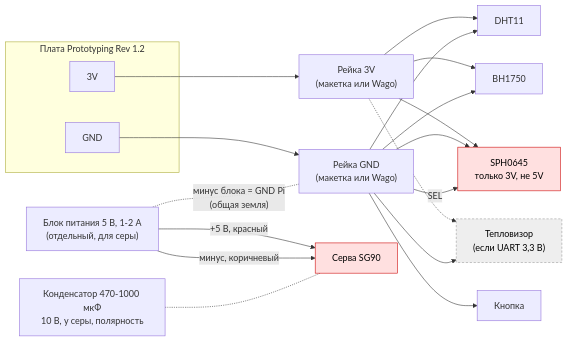
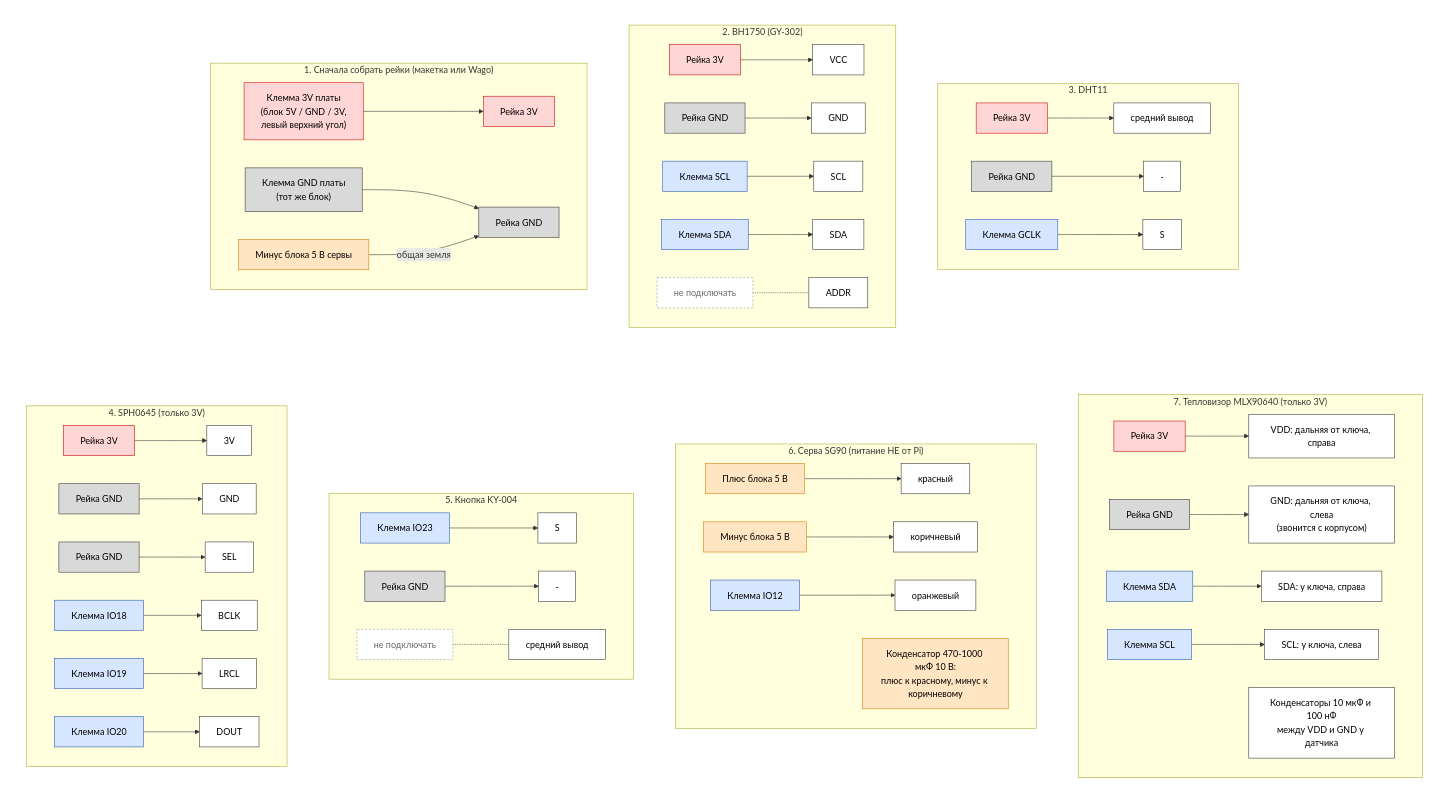
One commit to ik1s/spa changed the diagram in docs/wiring-power.mmd. Above: the diagram before and after it, drawn with Mermaid. The commit also changed 14 other files, not shown here.

```diff
--- a/docs/wiring-power.mmd
+++ b/docs/wiring-power.mmd
@@ -1,40 +1,83 @@
-flowchart LR
-  subgraph PI["Плата Prototyping Rev 1.2"]
-    V3["3V"]
-    GND["GND"]
+flowchart TB
+  subgraph ROW1[" "]
+    direction LR
+  subgraph RAILS["1. Сначала собрать рейки (макетка или Wago)"]
+    direction LR
+    T3["Клемма 3V платы<br/>(блок 5V / GND / 3V,<br/>левый верхний угол)"] --> R3["Рейка 3V"]
+    TG["Клемма GND платы<br/>(тот же блок)"] --> RG["Рейка GND"]
+    PSUM["Минус блока 5 В сервы"] -->|"общая земля"| RG
   end
 
-  RAIL3["Рейка 3V<br/>(макетка или Wago)"]
-  RAILG["Рейка GND<br/>(макетка или Wago)"]
-  PSU["Блок питания 5 В, 1-2 А<br/>(отдельный, для серы)"]
+  subgraph BH["2. BH1750 (GY-302)"]
+    direction LR
+    bh3["Рейка 3V"] --> bhV["VCC"]
+    bhG0["Рейка GND"] --> bhG["GND"]
+    bhC0["Клемма SCL"] --> bhC["SCL"]
+    bhD0["Клемма SDA"] --> bhD["SDA"]
+    bhA0["не подключать"] -.- bhA["ADDR"]
+  end
 
-  DHT["DHT11"]
-  BH["BH1750"]
-  MIC["SPH0645<br/>только 3V, не 5V"]
-  THERM["Тепловизор<br/>(если UART 3,3 В)"]
-  SERVO["Серва SG90"]
-  CAP["Конденсатор 470-1000 мкФ<br/>10 В, у серы, полярность"]
-  BTN["Кнопка"]
+  subgraph DHT["3. DHT11"]
+    direction LR
+    dh3["Рейка 3V"] --> dhV["средний вывод"]
+    dhG0["Рейка GND"] --> dhG["-"]
+    dhS0["Клемма GCLK"] --> dhS["S"]
+  end
 
-  V3 --> RAIL3
-  GND --> RAILG
-  RAIL3 --> DHT
-  RAIL3 --> BH
-  RAIL3 --> MIC
-  RAIL3 -.-> THERM
-  RAILG --> DHT
-  RAILG --> BH
-  RAILG --> MIC
-  RAILG -->|"SEL"| MIC
-  RAILG --> THERM
-  RAILG --> BTN
+  end
+  subgraph ROW2[" "]
+    direction LR
+  subgraph MIC["4. SPH0645 (только 3V)"]
+    direction LR
+    mi3["Рейка 3V"] --> miV["3V"]
+    miG0["Рейка GND"] --> miG["GND"]
+    miL0["Рейка GND"] --> miL["SEL"]
+    miB0["Клемма IO18"] --> miB["BCLK"]
+    miR0["Клемма IO19"] --> miR["LRCL"]
+    miO0["Клемма IO20"] --> miO["DOUT"]
+  end
 
-  PSU -->|"+5 В, красный"| SERVO
-  PSU -->|"минус, коричневый"| SERVO
-  PSU -. "минус блока = GND Pi<br/>(общая земля)" .- RAILG
-  CAP -.- SERVO
+  subgraph BTN["5. Кнопка KY-004"]
+    direction LR
+    btS0["Клемма IO23"] --> btS["S"]
+    btG0["Рейка GND"] --> btG["-"]
+    btV0["не подключать"] -.- btV["средний вывод"]
+  end
 
-  classDef warn fill:#ffe0e0,stroke:#c00,color:#000
-  classDef later fill:#eee,stroke:#999,stroke-dasharray: 4 3,color:#000
-  class MIC,SERVO warn
-  class THERM later
+  subgraph SERVO["6. Серва SG90 (питание НЕ от Pi)"]
+    direction LR
+    sp["Плюс блока 5 В"] --> sR["красный"]
+    sm["Минус блока 5 В"] --> sB["коричневый"]
+    sS0["Клемма IO12"] --> sS["оранжевый"]
+    sC["Конденсатор 470-1000 мкФ 10 В:<br/>плюс к красному, минус к коричневому"]
+  end
+
+  subgraph TH["7. Тепловизор MLX90640 (только 3V)"]
+    direction LR
+    th3["Рейка 3V"] --> thV["VDD: дальняя от ключа, справа"]
+    thG0["Рейка GND"] --> thG["GND: дальняя от ключа, слева<br/>(звонится с корпусом)"]
+    thD0["Клемма SDA"] --> thD["SDA: у ключа, справа"]
+    thC0["Клемма SCL"] --> thC["SCL: у ключа, слева"]
+    thK["Конденсаторы 10 мкФ и 100 нФ<br/>между VDD и GND у датчика"]
+  end
+
+  end
+  RAILS ~~~ BH ~~~ DHT
+  MIC ~~~ BTN ~~~ SERVO ~~~ TH
+  ROW1 ~~~ ROW2
+  style ROW1 fill:none,stroke:none
+  style ROW2 fill:none,stroke:none
+
+  classDef v3 fill:#ffd6d6,stroke:#c00,color:#000
+  classDef gnd fill:#d9d9d9,stroke:#333,color:#000
+  classDef sig fill:#d6e6ff,stroke:#2457b3,color:#000
+  classDef v5 fill:#ffe5c2,stroke:#d97a00,color:#000
+  classDef nc fill:#fff,stroke:#999,stroke-dasharray: 4 3,color:#666
+  classDef pin fill:#fff,stroke:#333,color:#000
+
+  class T3,R3,bh3,dh3,mi3,th3 v3
+  class TG,RG,bhG0,dhG0,miG0,miL0,btG0,thG0 gnd
+  class bhC0,bhD0,dhS0,miB0,miR0,miO0,btS0,sS0,thD0,thC0 sig
+  class PSUM,sp,sm,sC v5
+  class bhA0,btV0 nc
+  class bhV,bhG,bhC,bhD,bhA,dhV,dhG,dhS,miV,miG,miL,miB,miR,miO,btS,btG,btV,sR,sB,sS,thV,thG,thD,thC,thK pin
```
